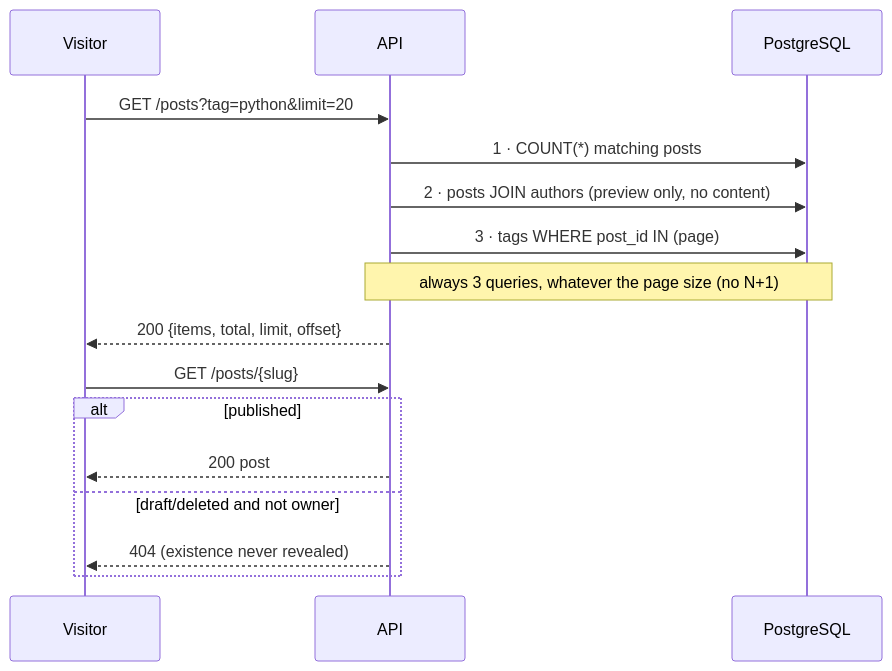
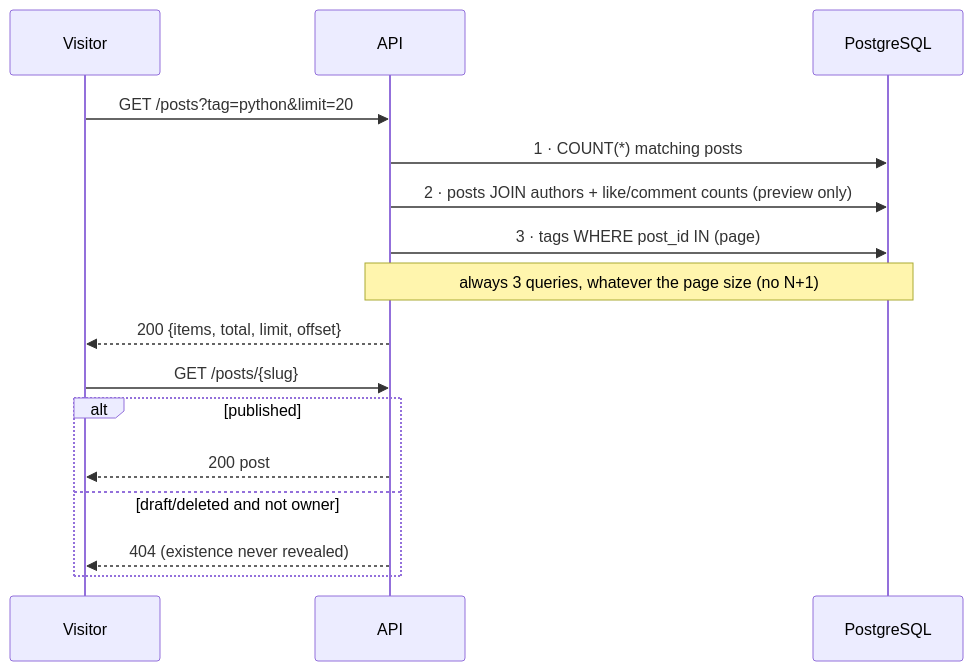
Before and after one commit to mr-laboratory/nebula: the fourth of 13 diagrams in docs/architecture.md, drawn with Mermaid. The commit also changed other lines of this file and 3 other files, not shown here.

Commit message:
docs: likes and comments API, flows and learning log; bump version to 0.5.0

````diff
--- a/docs/architecture.md
+++ b/docs/architecture.md
@@ -58,18 +58,18 @@
 ```mermaid
 sequenceDiagram
     participant V as Visitor
     participant API
     participant DB as PostgreSQL
     V->>API: GET /posts?tag=python&limit=20
     API->>DB: 1 · COUNT(*) matching posts
-    API->>DB: 2 · posts JOIN authors (preview only, no content)
+    API->>DB: 2 · posts JOIN authors + like/comment counts (preview only)
     API->>DB: 3 · tags WHERE post_id IN (page)
     Note over API,DB: always 3 queries, whatever the page size (no N+1)
     API-->>V: 200 {items, total, limit, offset}
     V->>API: GET /posts/{slug}
     alt published
         API-->>V: 200 post
     else draft/deleted and not owner
         API-->>V: 404 (existence never revealed)
     end
 ```
````
